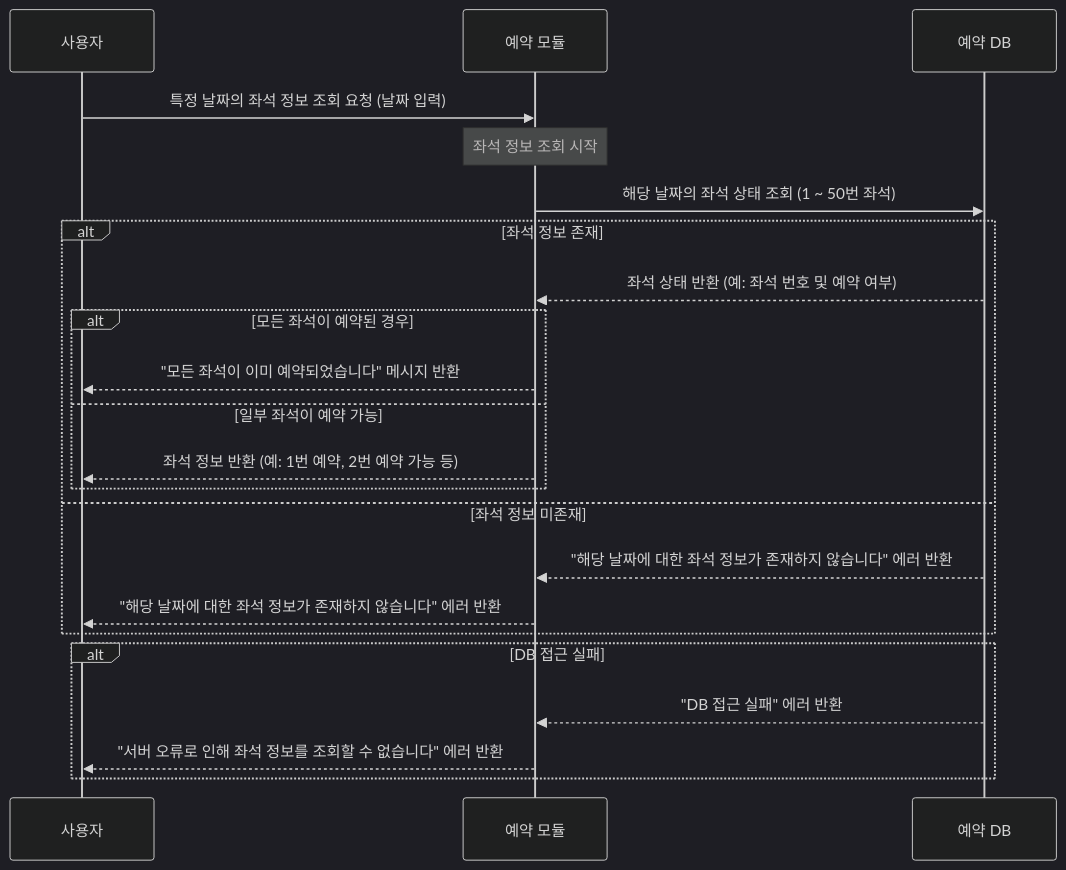
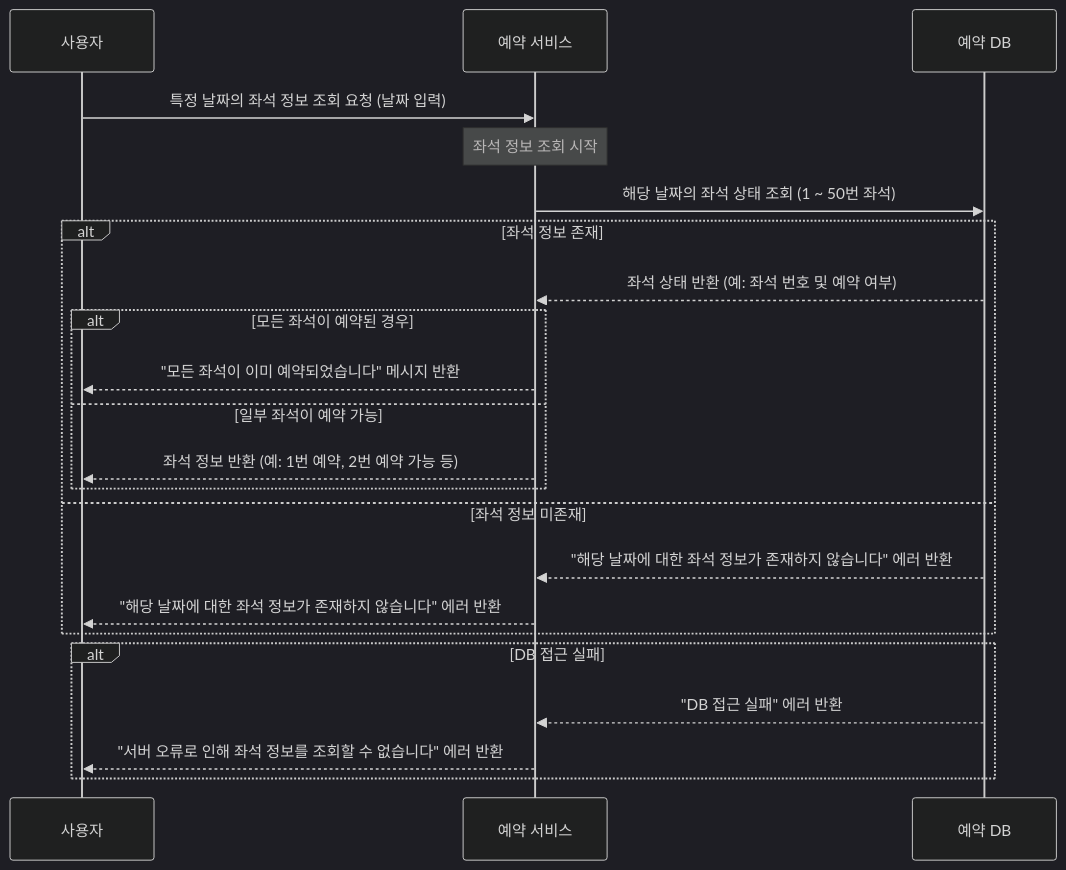
The third of 14 diagrams in README.md (SooLee99/hhplus-concert-reservation-service), drawn with Mermaid (dark theme) before and after one commit. The commit also changed other lines of this file, not shown here.

````diff
--- a/README.md
+++ b/README.md
@@ -111,35 +111,35 @@
 ```mermaid
     sequenceDiagram
   participant User as 사용자
-  participant ReservationServer as 예약 모듈
+  participant ReservationServer as 예약 서비스
   participant ReservationDB as 예약 DB
   
   %% 2️⃣ 특정 날짜 좌석 정보 조회 API
   User->>ReservationServer: 특정 날짜의 좌석 정보 조회 요청 (날짜 입력)
   Note over ReservationServer: 좌석 정보 조회 시작
   
-  %% 예약 모듈에서 좌석 정보 조회
+  %% 예약 서비스에서 좌석 정보 조회
   ReservationServer->>ReservationDB: 해당 날짜의 좌석 상태 조회 (1 ~ 50번 좌석)
   
   alt 좌석 정보 존재
       %% 좌석 정보가 존재하는 경우
       ReservationDB-->>ReservationServer: 좌석 상태 반환 (예: 좌석 번호 및 예약 여부)
       
       alt 모든 좌석이 예약된 경우
           ReservationServer-->>User: "모든 좌석이 이미 예약되었습니다" 메시지 반환
       else 일부 좌석이 예약 가능
           %% 사용자에게 좌석 정보 반환
           ReservationServer-->>User: 좌석 정보 반환 (예: 1번 예약, 2번 예약 가능 등)
       end
   else 좌석 정보 미존재
       %% 좌석 정보가 존재하지 않는 경우
       ReservationDB-->>ReservationServer: "해당 날짜에 대한 좌석 정보가 존재하지 않습니다" 에러 반환
       ReservationServer-->>User: "해당 날짜에 대한 좌석 정보가 존재하지 않습니다" 에러 반환
   end
   
   %% 예약 가능한 좌석 조회 중 DB 접근 실패 시 처리
   alt DB 접근 실패
   ReservationDB-->>ReservationServer: "DB 접근 실패" 에러 반환
   ReservationServer-->>User: "서버 오류로 인해 좌석 정보를 조회할 수 없습니다" 에러 반환
   end
 ```
````
